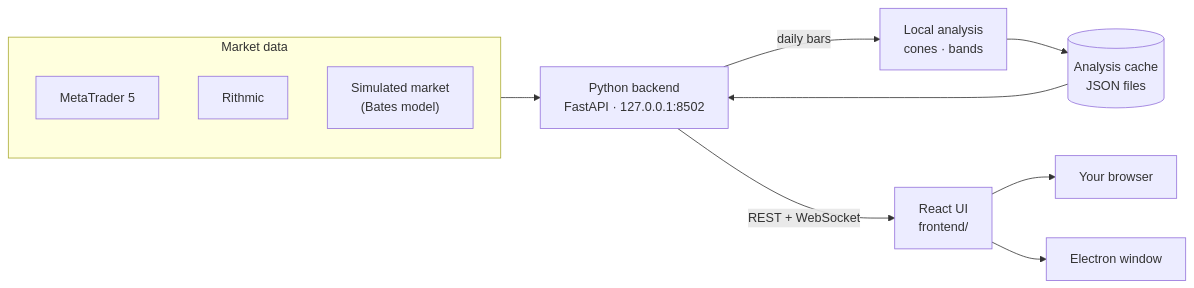
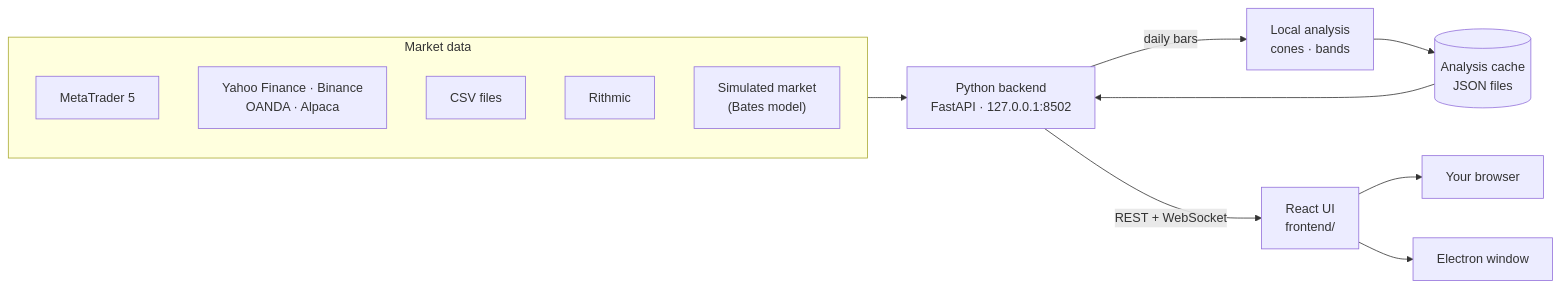
Before and after one commit to wJubran/QuantumTerminal: the diagram in README.md, drawn with Mermaid. The commit also changed other lines of this file and 36 other files, not shown here.

First line of the commit message:
feat: data sources — Yahoo Finance, Binance, OANDA, Alpaca, CSV files, and paper trading on live prices

````diff
--- a/README.md
+++ b/README.md
@@ -297,16 +416,18 @@
 ```mermaid
 flowchart LR
     subgraph feeds["Market data"]
         MT5["MetaTrader 5"]
+        NET["Yahoo Finance · Binance<br/>OANDA · Alpaca"]
+        CSV["CSV files"]
         RITH["Rithmic"]
         SIM["Simulated market<br/>(Bates model)"]
     end
     CACHE[("Analysis cache<br/>JSON files")]
     feeds --> API["Python backend<br/>FastAPI · 127.0.0.1:8502"]
     API -- "daily bars" --> ENGINE["Local analysis<br/>cones · bands"]
     ENGINE --> CACHE
     CACHE --> API
     API -- "REST + WebSocket" --> UI["React UI<br/>frontend/"]
     UI --> BROWSER["Your browser"]
     UI --> ELECTRON["Electron window"]
 ```
````
